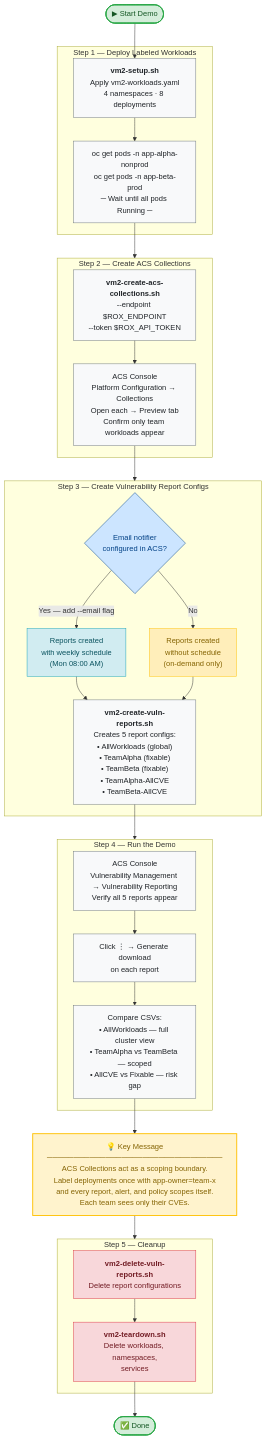
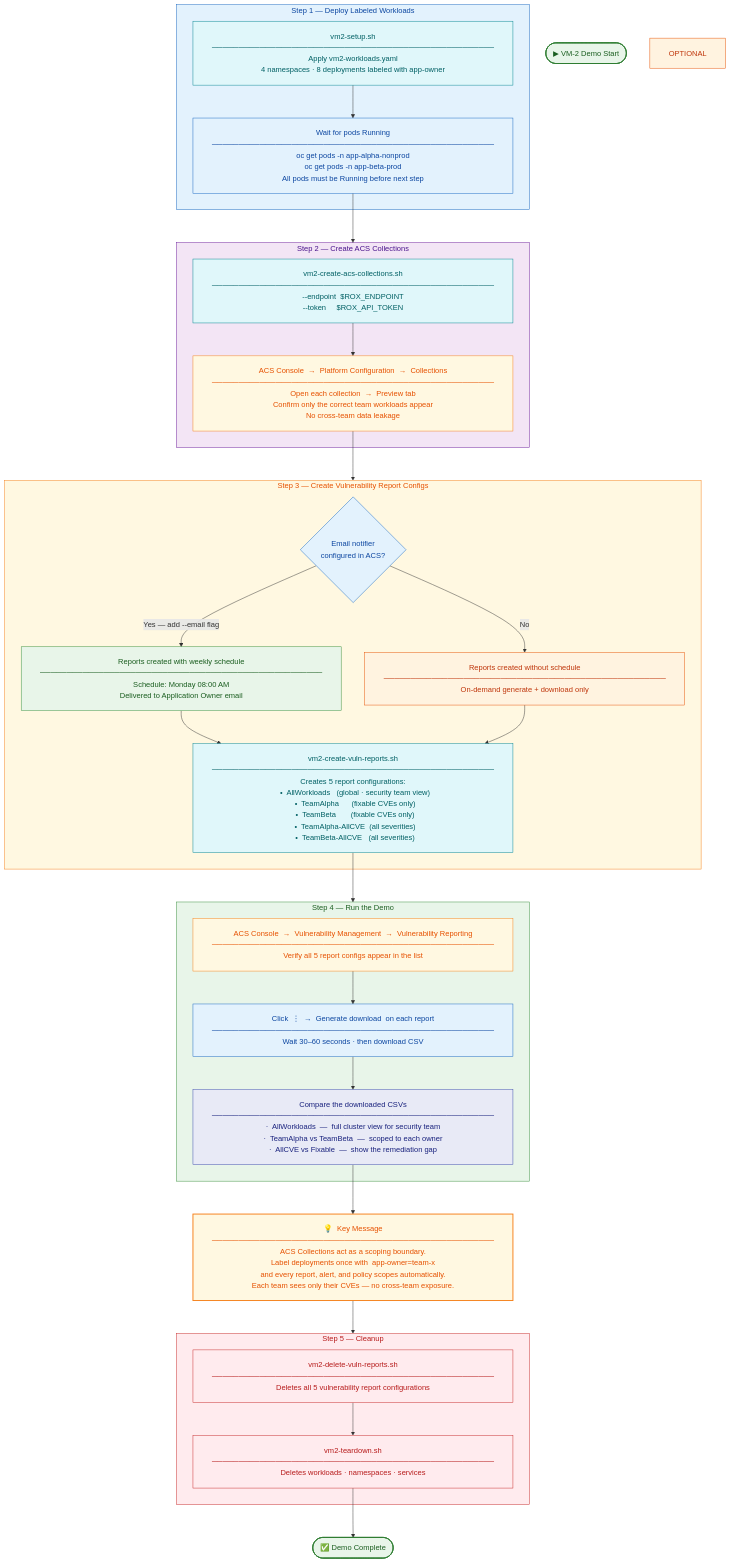
Before and after one commit to rajiv-ranjan/tech-nuggests: the diagram in advance-cluster-security/vulnerability-management/ISG-Demo/vm2-ao-collections/vm2-demo-flow.mmd, drawn with Mermaid. The commit also changed 50 other files, not shown here.

```diff
--- a/advance-cluster-security/vulnerability-management/ISG-Demo/vm2-ao-collections/vm2-demo-flow.mmd
+++ b/advance-cluster-security/vulnerability-management/ISG-Demo/vm2-ao-collections/vm2-demo-flow.mmd
@@ -1,62 +1,72 @@
+%%{init: {'flowchart': {'padding': 20, 'nodeSpacing': 50, 'rankSpacing': 70, 'wrappingWidth': 500}}}%%
 flowchart TD
-    START([▶ Start Demo]) --> SETUP_SCRIPT
+    START(["▶  VM-2 Demo Start"]):::start
 
-    subgraph SETUP ["Step 1 — Deploy Labeled Workloads"]
-        SETUP_SCRIPT["<b>vm2-setup.sh</b>\nApply vm2-workloads.yaml\n4 namespaces · 8 deployments"]
-        SETUP_SCRIPT --> VERIFY_PODS["oc get pods -n app-alpha-nonprod\noc get pods -n app-beta-prod\n─ Wait until all pods Running ─"]
+    subgraph SETUP ["Step 1  —  Deploy Labeled Workloads"]
+        SETUP_SCRIPT["vm2-setup.sh\n─────────────────────────────────────────────────────\nApply vm2-workloads.yaml\n4 namespaces · 8 deployments labeled with app-owner"]
+        SETUP_SCRIPT --> VERIFY_PODS["Wait for pods Running\n─────────────────────────────────────────────────────\noc get pods -n app-alpha-nonprod\noc get pods -n app-beta-prod\nAll pods must be Running before next step"]
     end
 
     VERIFY_PODS --> COLLECTIONS
 
-    subgraph COLLECTIONS ["Step 2 — Create ACS Collections"]
-        COLL_SCRIPT["<b>vm2-create-acs-collections.sh</b>\n--endpoint $ROX_ENDPOINT\n--token $ROX_API_TOKEN"]
-        COLL_SCRIPT --> COLL_UI["ACS Console\nPlatform Configuration → Collections\nOpen each → Preview tab\nConfirm only team workloads appear"]
+    subgraph COLLECTIONS ["Step 2  —  Create ACS Collections"]
+        COLL_SCRIPT["vm2-create-acs-collections.sh\n─────────────────────────────────────────────────────\n--endpoint  $ROX_ENDPOINT\n--token     $ROX_API_TOKEN"]
+        COLL_SCRIPT --> COLL_UI["ACS Console  →  Platform Configuration  →  Collections\n─────────────────────────────────────────────────────\nOpen each collection  →  Preview tab\nConfirm only the correct team workloads appear\nNo cross-team data leakage"]
     end
 
     COLL_UI --> REPORTS
 
-    subgraph REPORTS ["Step 3 — Create Vulnerability Report Configs"]
+    subgraph REPORTS ["Step 3  —  Create Vulnerability Report Configs"]
         NOTIFIER{"Email notifier\nconfigured in ACS?"}
-        NOTIFIER -->|"Yes — add --email flag"| SCHED["Reports created\nwith weekly schedule\n(Mon 08:00 AM)"]
-        NOTIFIER -->|"No"| ONDEMAND["Reports created\nwithout schedule\n(on-demand only)"]
-        SCHED & ONDEMAND --> REPORT_SCRIPT["<b>vm2-create-vuln-reports.sh</b>\nCreates 5 report configs:\n• AllWorkloads (global)\n• TeamAlpha (fixable)\n• TeamBeta (fixable)\n• TeamAlpha-AllCVE\n• TeamBeta-AllCVE"]
+        NOTIFIER -->|"Yes — add --email flag"| SCHED["Reports created with weekly schedule\n─────────────────────────────────────────────────────\nSchedule: Monday 08:00 AM\nDelivered to Application Owner email"]
+        NOTIFIER -->|"No"| ONDEMAND["Reports created without schedule\n─────────────────────────────────────────────────────\nOn-demand generate + download only"]
+        SCHED & ONDEMAND --> REPORT_SCRIPT["vm2-create-vuln-reports.sh\n─────────────────────────────────────────────────────\nCreates 5 report configurations:\n  •  AllWorkloads   (global · security team view)\n  •  TeamAlpha      (fixable CVEs only)\n  •  TeamBeta       (fixable CVEs only)\n  •  TeamAlpha-AllCVE  (all severities)\n  •  TeamBeta-AllCVE   (all severities)"]
     end
 
     REPORT_SCRIPT --> DEMO
 
-    subgraph DEMO ["Step 4 — Run the Demo"]
-        CONSOLE["ACS Console\nVulnerability Management → Vulnerability Reporting\nVerify all 5 reports appear"]
-        CONSOLE --> DOWNLOAD["Click ⋮ → Generate download\non each report"]
-        DOWNLOAD --> COMPARE["Compare CSVs:\n• AllWorkloads — full cluster view\n• TeamAlpha vs TeamBeta — scoped\n• AllCVE vs Fixable — risk gap"]
+    subgraph DEMO ["Step 4  —  Run the Demo"]
+        CONSOLE["ACS Console  →  Vulnerability Management  →  Vulnerability Reporting\n─────────────────────────────────────────────────────\nVerify all 5 report configs appear in the list"]
+        CONSOLE --> DOWNLOAD["Click  ⋮  →  Generate download  on each report\n─────────────────────────────────────────────────────\nWait 30–60 seconds · then download CSV"]
+        DOWNLOAD --> COMPARE["Compare the downloaded CSVs\n─────────────────────────────────────────────────────\n·  AllWorkloads  —  full cluster view for security team\n·  TeamAlpha vs TeamBeta  —  scoped to each owner\n·  AllCVE vs Fixable  —  show the remediation gap"]
     end
 
     COMPARE --> KEY_MSG
 
-    KEY_MSG["💡 Key Message\n─────────────────────────────────\nACS Collections act as a scoping boundary.\nLabel deployments once with app-owner=team-x\nand every report, alert, and policy scopes itself.\nEach team sees only their CVEs."]
+    KEY_MSG["💡  Key Message\n─────────────────────────────────────────────────────\nACS Collections act as a scoping boundary.\nLabel deployments once with  app-owner=team-x\nand every report, alert, and policy scopes automatically.\nEach team sees only their CVEs — no cross-team exposure."]
 
     KEY_MSG --> CLEANUP
 
-    subgraph CLEANUP ["Step 5 — Cleanup"]
-        DEL_REPORTS["<b>vm2-delete-vuln-reports.sh</b>\nDelete report configurations"]
-        DEL_REPORTS --> TEARDOWN["<b>vm2-teardown.sh</b>\nDelete workloads, namespaces,\nservices"]
+    subgraph CLEANUP ["Step 5  —  Cleanup"]
+        DEL_REPORTS["vm2-delete-vuln-reports.sh\n─────────────────────────────────────────────────────\nDeletes all 5 vulnerability report configurations"]
+        DEL_REPORTS --> TEARDOWN["vm2-teardown.sh\n─────────────────────────────────────────────────────\nDeletes workloads · namespaces · services"]
     end
 
-    TEARDOWN --> DONE([✅ Done])
+    TEARDOWN --> DONE(["✅  Demo Complete"])
 
-    %% Styling — light backgrounds, dark text for readability
-    style START        fill:#d4edda,color:#155724,stroke:#28a745,stroke-width:2px
-    style DONE         fill:#d4edda,color:#155724,stroke:#28a745,stroke-width:2px
-    style KEY_MSG      fill:#fff3cd,color:#856404,stroke:#ffc107,stroke-width:2px
-    style NOTIFIER     fill:#cce5ff,color:#004085,stroke:#004085,stroke-width:1px
-    style SETUP_SCRIPT fill:#f8f9fa,color:#212529,stroke:#6c757d,stroke-width:1px
-    style VERIFY_PODS  fill:#f8f9fa,color:#212529,stroke:#6c757d,stroke-width:1px
-    style COLL_SCRIPT  fill:#f8f9fa,color:#212529,stroke:#6c757d,stroke-width:1px
-    style COLL_UI      fill:#f8f9fa,color:#212529,stroke:#6c757d,stroke-width:1px
-    style SCHED        fill:#d1ecf1,color:#0c5460,stroke:#17a2b8,stroke-width:1px
-    style ONDEMAND     fill:#ffeeba,color:#856404,stroke:#ffc107,stroke-width:1px
-    style REPORT_SCRIPT fill:#f8f9fa,color:#212529,stroke:#6c757d,stroke-width:1px
-    style CONSOLE      fill:#f8f9fa,color:#212529,stroke:#6c757d,stroke-width:1px
-    style DOWNLOAD     fill:#f8f9fa,color:#212529,stroke:#6c757d,stroke-width:1px
-    style COMPARE      fill:#f8f9fa,color:#212529,stroke:#6c757d,stroke-width:1px
-    style DEL_REPORTS  fill:#f8d7da,color:#721c24,stroke:#dc3545,stroke-width:1px
-    style TEARDOWN     fill:#f8d7da,color:#721c24,stroke:#dc3545,stroke-width:1px
+    %% Styles — light backgrounds · dark borders · dark text
+    classDef start fill:#e8f5e9,stroke:#2e7d32,color:#1b5e20,stroke-width:2px
+    classDef done  fill:#e8f5e9,stroke:#2e7d32,color:#1b5e20,stroke-width:2px
+
+    style START        fill:#e8f5e9,color:#1b5e20,stroke:#2e7d32,stroke-width:2px
+    style DONE         fill:#e8f5e9,color:#1b5e20,stroke:#2e7d32,stroke-width:2px
+    style KEY_MSG      fill:#fff8e1,color:#e65100,stroke:#f57f17,stroke-width:2px
+    style NOTIFIER     fill:#e3f2fd,color:#0d47a1,stroke:#1565c0,stroke-width:1px
+    style SETUP_SCRIPT fill:#e0f7fa,color:#006064,stroke:#00838f,stroke-width:1px
+    style VERIFY_PODS  fill:#e3f2fd,color:#0d47a1,stroke:#1565c0,stroke-width:1px
+    style COLL_SCRIPT  fill:#e0f7fa,color:#006064,stroke:#00838f,stroke-width:1px
+    style COLL_UI      fill:#fff8e1,color:#e65100,stroke:#f57f17,stroke-width:1px
+    style SCHED        fill:#e8f5e9,color:#1b5e20,stroke:#388e3c,stroke-width:1px
+    style ONDEMAND     fill:#fff3e0,color:#bf360c,stroke:#e65100,stroke-width:1px
+    style REPORT_SCRIPT fill:#e0f7fa,color:#006064,stroke:#00838f,stroke-width:1px
+    style CONSOLE      fill:#fff8e1,color:#e65100,stroke:#f57f17,stroke-width:1px
+    style DOWNLOAD     fill:#e3f2fd,color:#0d47a1,stroke:#1565c0,stroke-width:1px
+    style COMPARE      fill:#e8eaf6,color:#1a237e,stroke:#3949ab,stroke-width:1px
+    style DEL_REPORTS  fill:#ffebee,color:#b71c1c,stroke:#c62828,stroke-width:1px
+    style TEARDOWN     fill:#ffebee,color:#b71c1c,stroke:#c62828,stroke-width:1px
+    style SETUP        fill:#e3f2fd,color:#0d47a1,stroke:#1565c0
+    style COLLECTIONS  fill:#f3e5f5,color:#4a148c,stroke:#6a1b9a
+    style REPORTS      fill:#fff8e1,color:#e65100,stroke:#f57f17
+    style DEMO         fill:#e8f5e9,color:#1b5e20,stroke:#388e3c
+    style OPTIONAL     fill:#fff3e0,color:#bf360c,stroke:#e65100
+    style CLEANUP      fill:#ffebee,color:#b71c1c,stroke:#c62828
```
